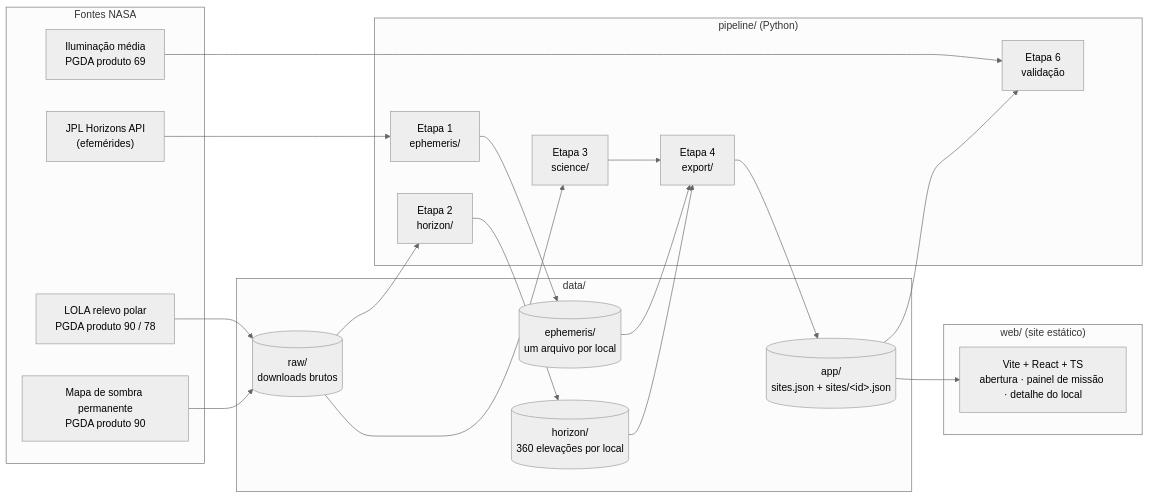
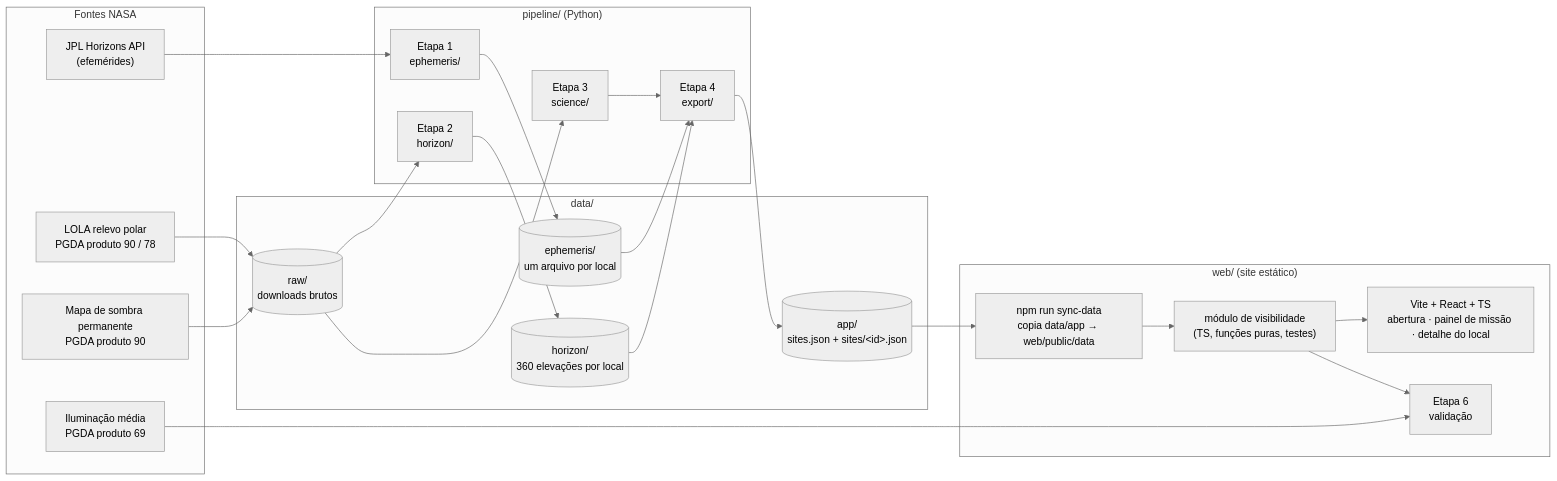
The first of 2 diagrams in docs/ARQUITETURA.md (Aquno/NasaSpaceApps), drawn with Mermaid (neutral theme) before and after one commit. The commit also changed other lines of this file and 14 other files, not shown here.

````diff
--- a/docs/ARQUITETURA.md
+++ b/docs/ARQUITETURA.md
@@ -9,38 +9,40 @@
 ```mermaid
 flowchart LR
     subgraph Fontes["Fontes NASA"]
         H["JPL Horizons API<br/>(efemérides)"]
         L["LOLA relevo polar<br/>PGDA produto 90 / 78"]
         P["Mapa de sombra permanente<br/>PGDA produto 90"]
         I["Iluminação média<br/>PGDA produto 69"]
     end
 
     subgraph Pipeline["pipeline/ (Python)"]
         E1["Etapa 1<br/>ephemeris/"]
         E2["Etapa 2<br/>horizon/"]
         E3["Etapa 3<br/>science/"]
         E4["Etapa 4<br/>export/"]
-        E6["Etapa 6<br/>validação"]
     end
 
     subgraph Dados["data/"]
         R[("raw/<br/>downloads brutos")]
         DE[("ephemeris/<br/>um arquivo por local")]
         DH[("horizon/<br/>360 elevações por local")]
         DA[("app/<br/>sites.json + sites/&lt;id&gt;.json")]
     end
 
     subgraph Web["web/ (site estático)"]
+        SY["npm run sync-data<br/>copia data/app → web/public/data"]
+        VIS["módulo de visibilidade<br/>(TS, funções puras, testes)"]
         UI["Vite + React + TS<br/>abertura · painel de missão · detalhe do local"]
+        E6["Etapa 6<br/>validação"]
     end
 
     H --> E1 --> DE
     L --> R --> E2 --> DH
     P --> R --> E3
     DE --> E4
     DH --> E4
     E3 --> E4
-    E4 --> DA --> UI
+    E4 --> DA --> SY --> VIS --> UI
+    VIS --> E6
     I --> E6
-    DA --> E6
 ```
````
